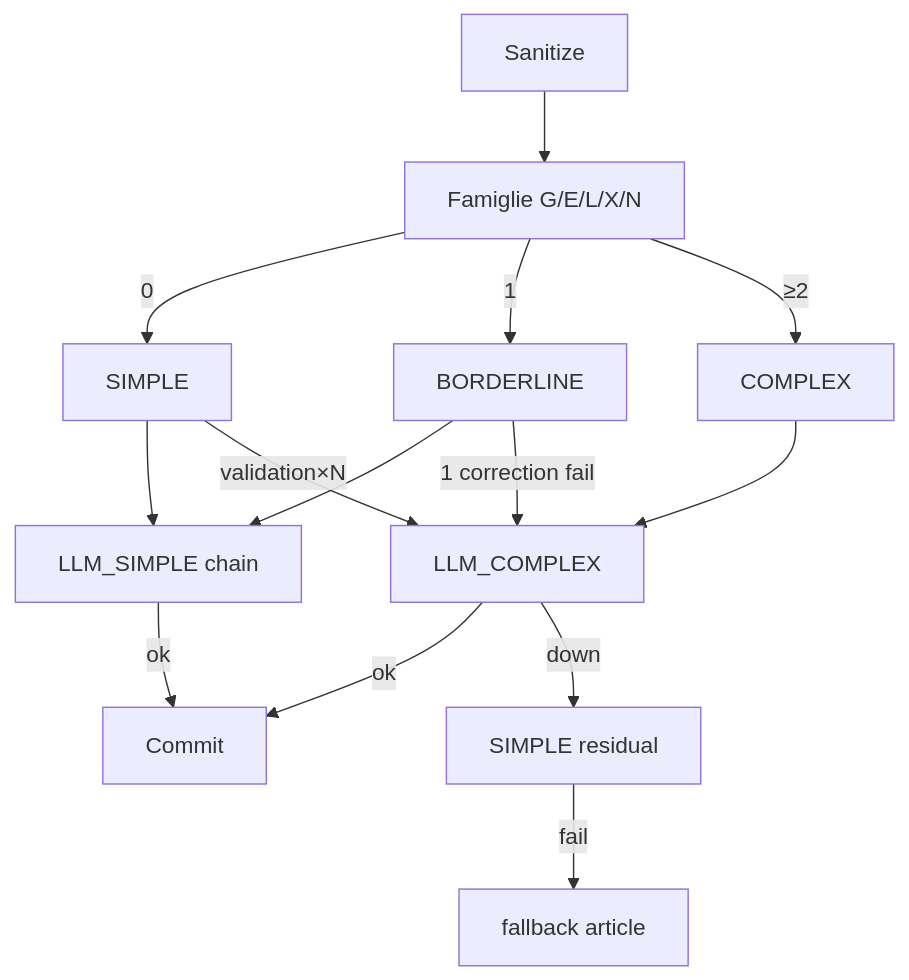
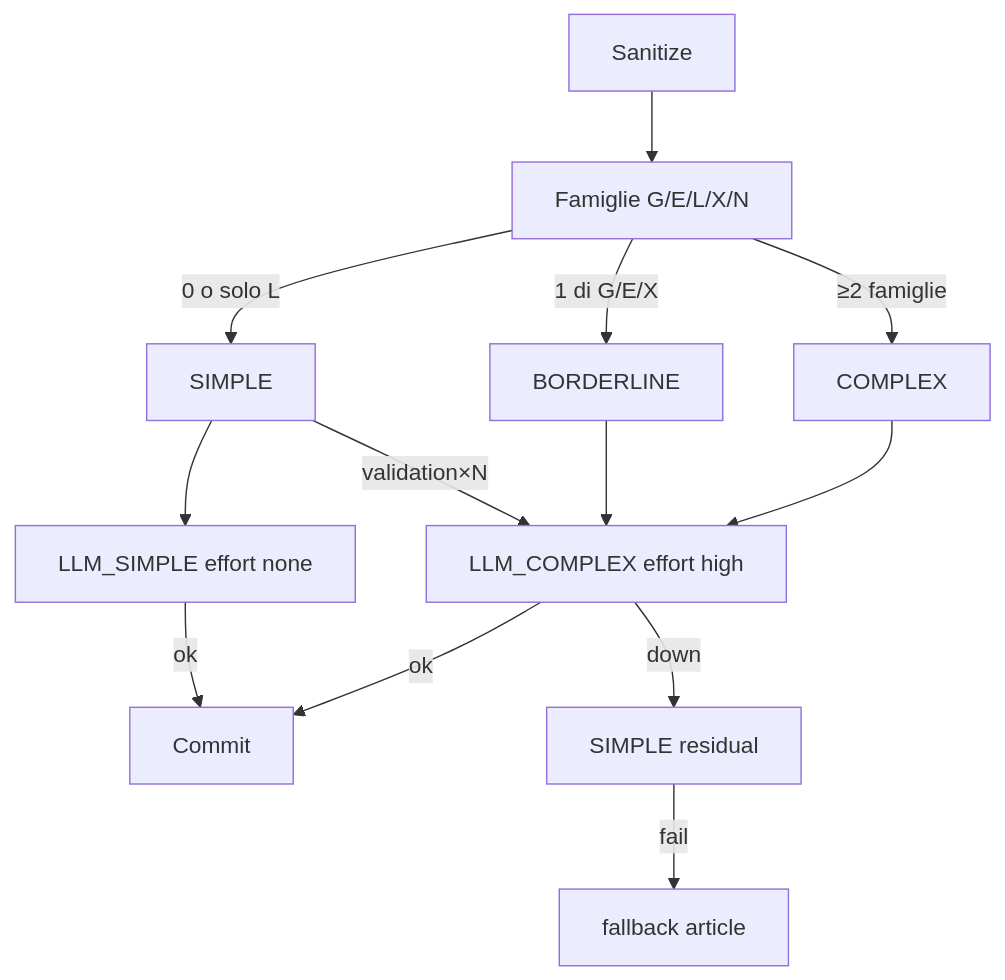
The first of 2 diagrams in plan-audit/active/LLM_Multi_Model_Fallback_Phase_AB.md (JiraaG/Intelligence-Dashboard), drawn with Mermaid before and after one commit. The commit also changed other lines of this file and 25 other files, not shown here.

````diff
--- a/plan-audit/active/LLM_Multi_Model_Fallback_Phase_AB.md
+++ b/plan-audit/active/LLM_Multi_Model_Fallback_Phase_AB.md
@@ -265,16 +281,15 @@
 ```mermaid
 flowchart TD
   A[Sanitize] --> H[Famiglie G/E/L/X/N]
-  H -->|0| S[SIMPLE]
-  H -->|1| B[BORDERLINE]
-  H -->|≥2| C[COMPLEX]
-  S --> P1[LLM_SIMPLE chain]
-  B --> P1
+  H -->|0 o solo L| S[SIMPLE]
+  H -->|1 di G/E/X| B[BORDERLINE]
+  H -->|≥2 famiglie| C[COMPLEX]
+  S --> P1[LLM_SIMPLE effort none]
+  B --> P2[LLM_COMPLEX effort high]
+  C --> P2
   P1 -->|ok| OK[Commit]
-  B -->|1 correction fail| P2[LLM_COMPLEX]
+  P2 -->|ok| OK
   S -->|validation×N| P2
-  C --> P2
-  P2 -->|ok| OK
   P2 -->|down| R[SIMPLE residual]
   R -->|fail| FB[fallback article]
 ```
````
